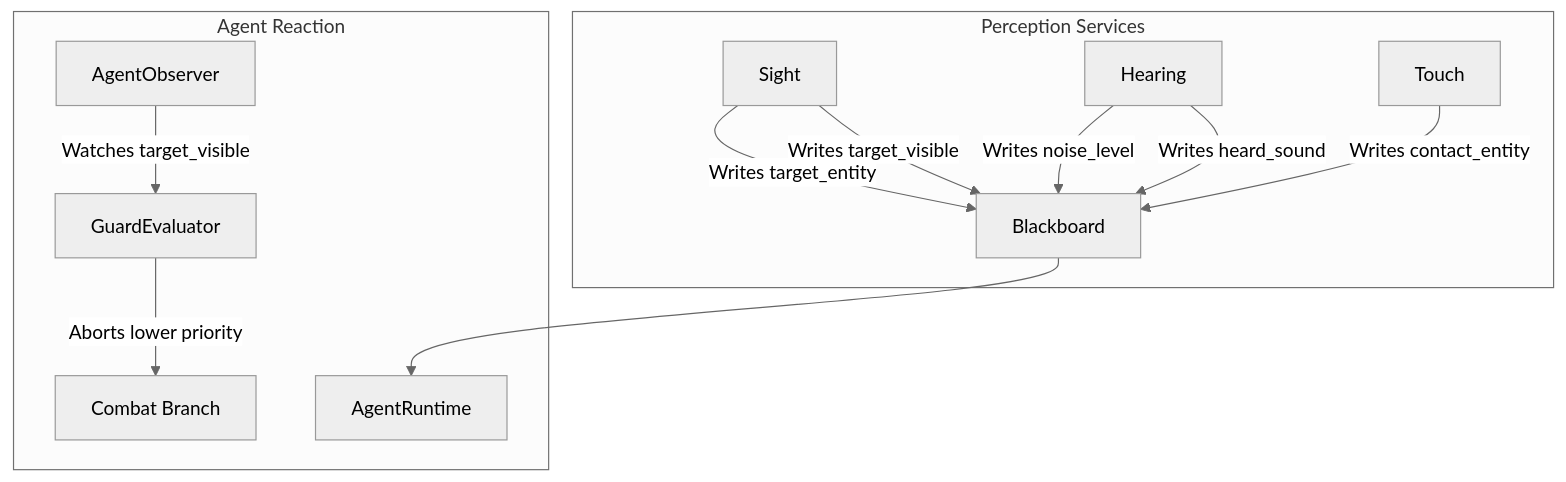
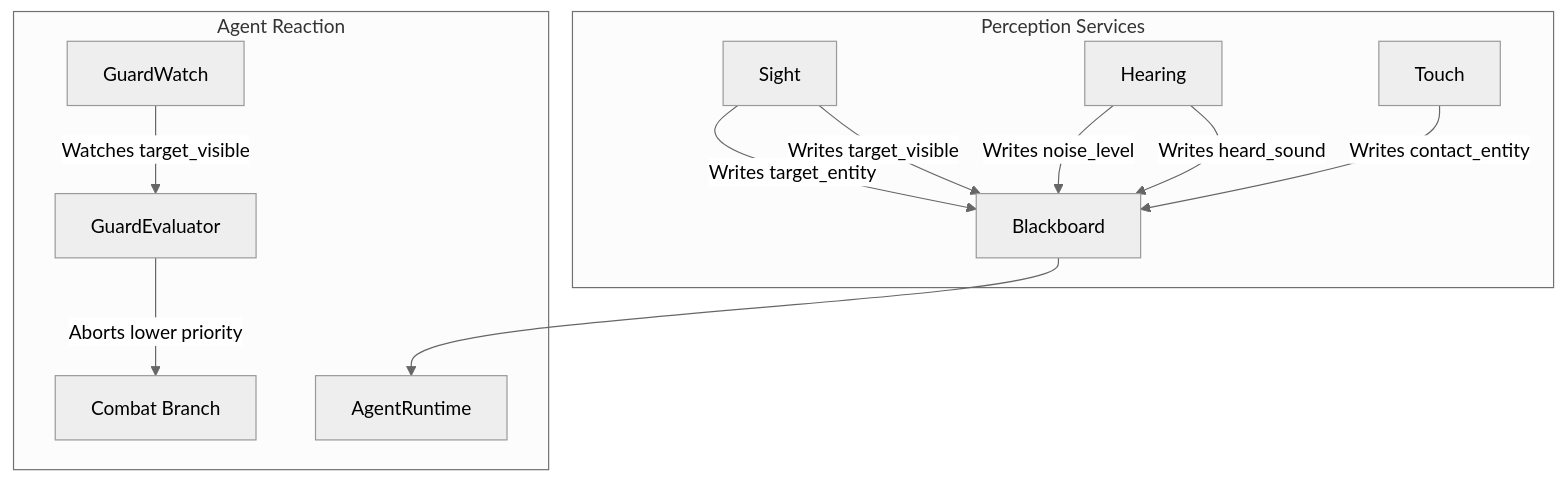
The diagram in Docs/06 - Planned Features/Perception Module.md (jabbadablack/G.O.A.T), drawn with Mermaid (neutral theme) before and after one commit. The commit also changed other lines of this file and 44 other files, not shown here.

````diff
--- a/Docs/06 - Planned Features/Perception Module.md
+++ b/Docs/06 - Planned Features/Perception Module.md
@@ -117,16 +117,16 @@
 ```mermaid
 graph TD
     subgraph Services[Perception Services]
         A[Sight] -->|Writes target_entity| B[Blackboard]
         A -->|Writes target_visible| B
         C[Hearing] -->|Writes noise_level| B
         C -->|Writes heard_sound| B
         D[Touch] -->|Writes contact_entity| B
     end
 
     subgraph Reaction[Agent Reaction]
-        E[AgentObserver] -->|Watches target_visible| F[GuardEvaluator]
+        E[GuardWatch] -->|Watches target_visible| F[GuardEvaluator]
         F -->|Aborts lower priority| G[Combat Branch]
         B --> H[AgentRuntime]
     end
 ```
````
